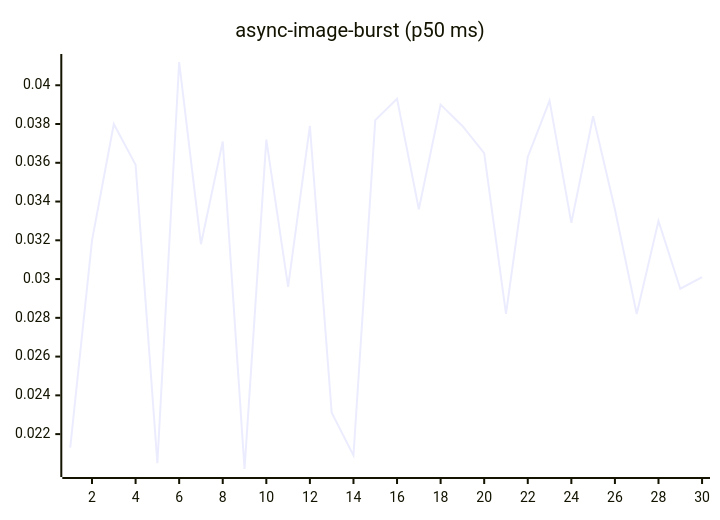
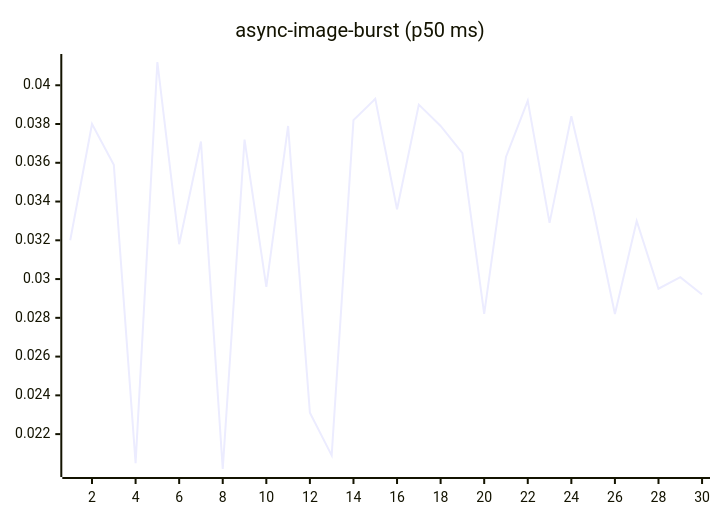
One commit to josha/Facet changed the fourth of 27 diagrams in README.md. Above: the diagram before and after it, drawn with Mermaid. The commit also changed other lines of this file and 2 other files, not shown here.

````diff
--- a/README.md
+++ b/README.md
@@ -84,6 +84,6 @@
 ```mermaid
 xychart-beta
     title "async-image-burst (p50 ms)"
     x-axis 1 --> 30
-    line [0.0213, 0.0320, 0.0380, 0.0359, 0.0205, 0.0412, 0.0318, 0.0371, 0.0202, 0.0372, 0.0296, 0.0379, 0.0231, 0.0209, 0.0382, 0.0393, 0.0336, 0.0390, 0.0379, 0.0365, 0.0282, 0.0363, 0.0392, 0.0329, 0.0384, 0.0336, 0.0282, 0.0330, 0.0295, 0.0301]
+    line [0.0320, 0.0380, 0.0359, 0.0205, 0.0412, 0.0318, 0.0371, 0.0202, 0.0372, 0.0296, 0.0379, 0.0231, 0.0209, 0.0382, 0.0393, 0.0336, 0.0390, 0.0379, 0.0365, 0.0282, 0.0363, 0.0392, 0.0329, 0.0384, 0.0336, 0.0282, 0.0330, 0.0295, 0.0301, 0.0292]
 ```
````
